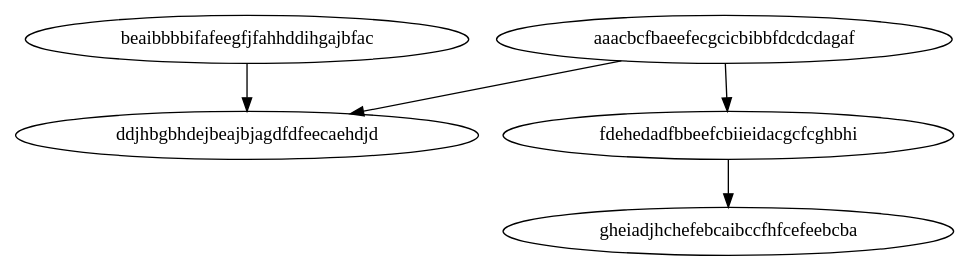
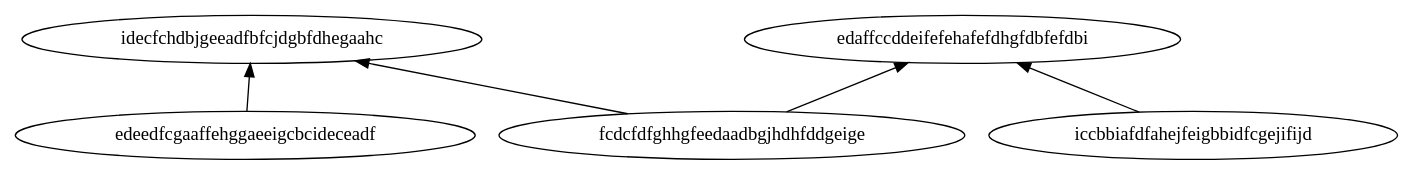
One commit to qreal/qreal changed the diagram in qrgui/dotFiles/graph1.dot. Above: the diagram before and after it, drawn with Graphviz. The commit also changed 10 other files, not shown here.

```diff
--- a/qrgui/dotFiles/graph1.dot
+++ b/qrgui/dotFiles/graph1.dot
@@ -1,7 +1,7 @@
 digraph G { 
-rankdir=TB; 
-beaibbbbifafeegfjfahhddihgajbfac -> ddjhbgbhdejbeajbjagdfdfeecaehdjd;
-aaacbcfbaeefecgcicbibbfdcdcdagaf -> fdehedadfbbeefcbiieidacgcfcghbhi;
-aaacbcfbaeefecgcicbibbfdcdcdagaf -> ddjhbgbhdejbeajbjagdfdfeecaehdjd;
-fdehedadfbbeefcbiieidacgcfcghbhi -> gheiadjhchefebcaibccfhfcefeebcba;
+rankdir=BT; 
+edeedfcgaaffehggaeeigcbcideceadf -> idecfchdbjgeeadfbfcjdgbfdhegaahc;
+iccbbiafdfahejfeigbbidfcgejifijd -> edaffccddeifefehafefdhgfdbfefdbi;
+fcdcfdfghhgfeedaadbgjhdhfddgeige -> edaffccddeifefehafefdhgfdbfefdbi;
+fcdcfdfghhgfeedaadbgjhdhfddgeige -> idecfchdbjgeeadfbfcjdgbfdhegaahc;
 }
```
